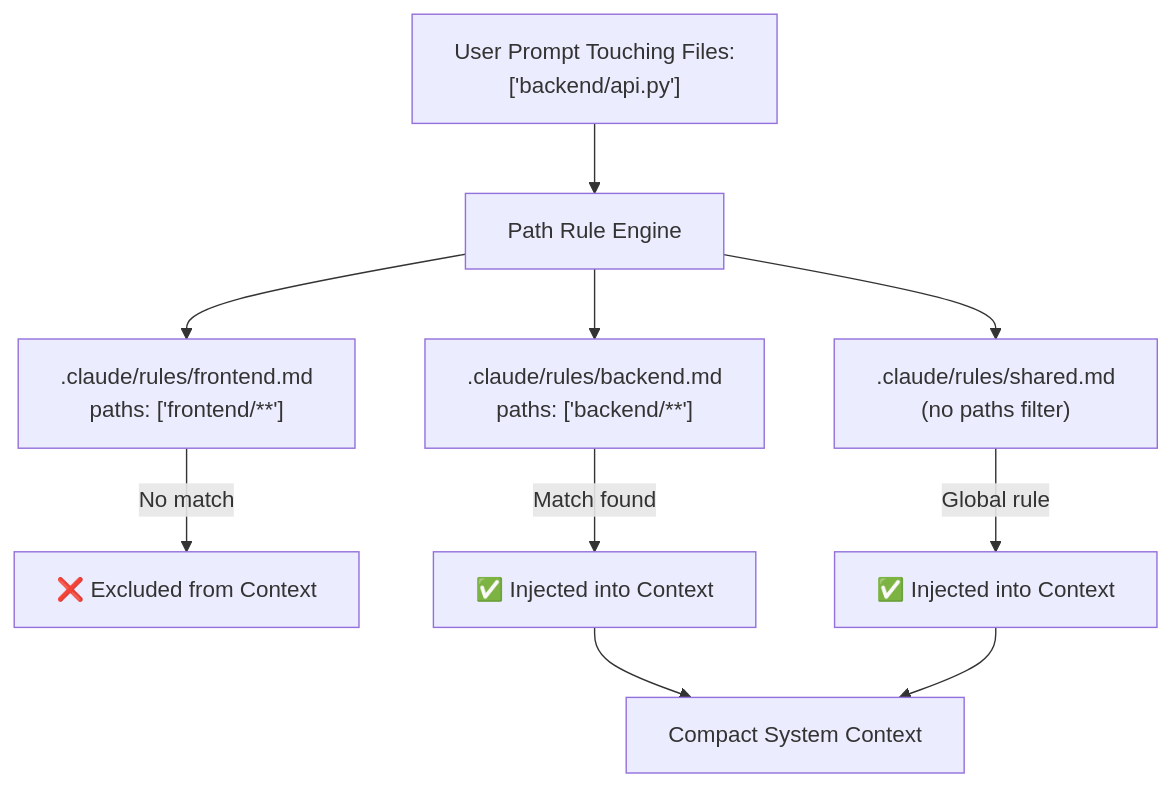
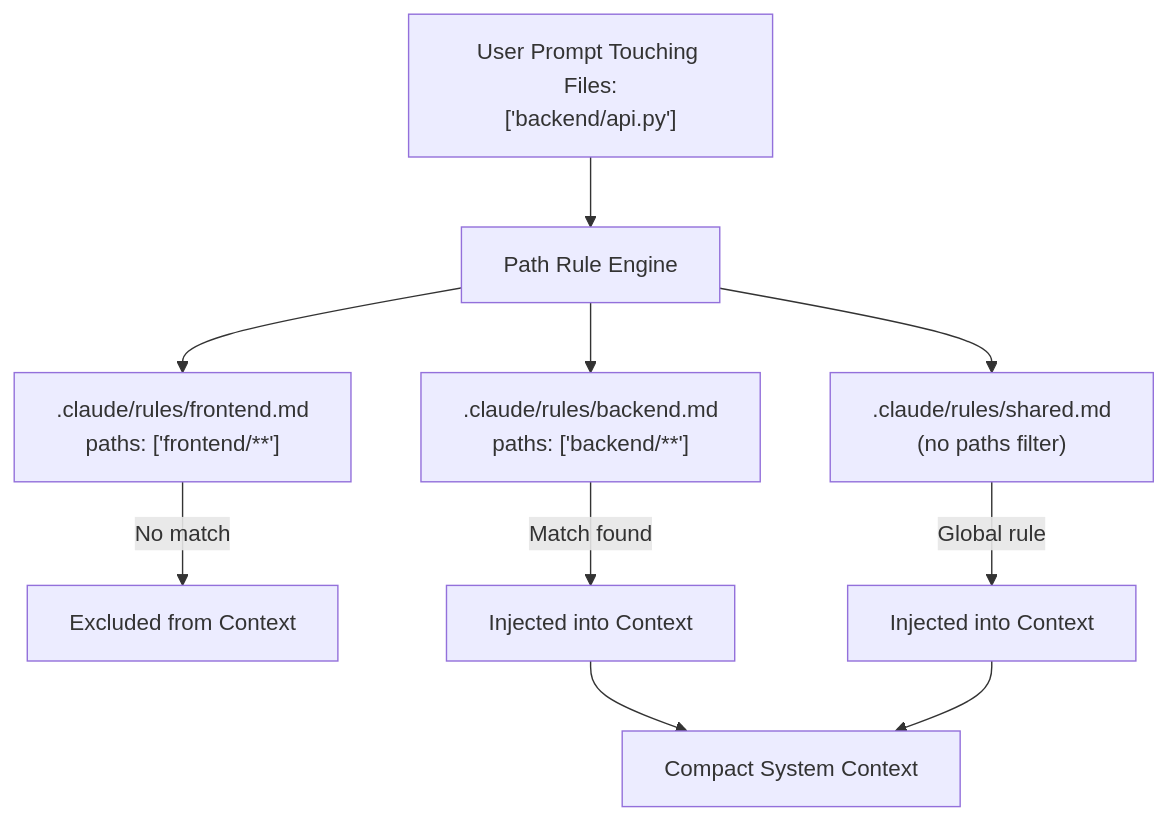
The diagram in domain3/ts_3_3_path_specific_rules/README.md (dip4k/claude_cert_architect_foundation_prep), drawn with Mermaid before and after one commit. The commit also changed 50 other files, not shown here.

Commit message:
docs(domain): complete 30 task statement study guides and enforce October 2026 Mermaid standards

````diff
--- a/domain3/ts_3_3_path_specific_rules/README.md
+++ b/domain3/ts_3_3_path_specific_rules/README.md
@@ -10,16 +10,15 @@
 ```mermaid
-%%{init: {"flowchart": {"htmlLabels": true, "wrappingWidth": 250}}}%%
 flowchart TD
-    Req["User Prompt Touching Files:<br/>['backend/api.py']"] --> Evaluator["Path Rule Engine"]
+    Req["User Prompt Touching Files:<br>['backend/api.py']"] --> Evaluator["Path Rule Engine"]
     
-    Evaluator --> RuleA[".claude/rules/frontend.md<br/>paths: ['frontend/**']"]
-    Evaluator --> RuleB[".claude/rules/backend.md<br/>paths: ['backend/**']"]
-    Evaluator --> RuleC[".claude/rules/shared.md<br/>(no paths filter)"]
+    Evaluator --> RuleA[".claude/rules/frontend.md<br>paths: ['frontend/**']"]
+    Evaluator --> RuleB[".claude/rules/backend.md<br>paths: ['backend/**']"]
+    Evaluator --> RuleC[".claude/rules/shared.md<br>(no paths filter)"]
     
-    RuleA -- "No match" --> DiscardA["❌ Excluded from Context"]
-    RuleB -- "Match found" --> InjectedB["✅ Injected into Context"]
-    RuleC -- "Global rule" --> InjectedC["✅ Injected into Context"]
+    RuleA -->|"No match"| DiscardA["Excluded from Context"]
+    RuleB -->|"Match found"| InjectedB["Injected into Context"]
+    RuleC -->|"Global rule"| InjectedC["Injected into Context"]
     
     InjectedB --> FinalPrompt["Compact System Context"]
     InjectedC --> FinalPrompt
 ```
````
